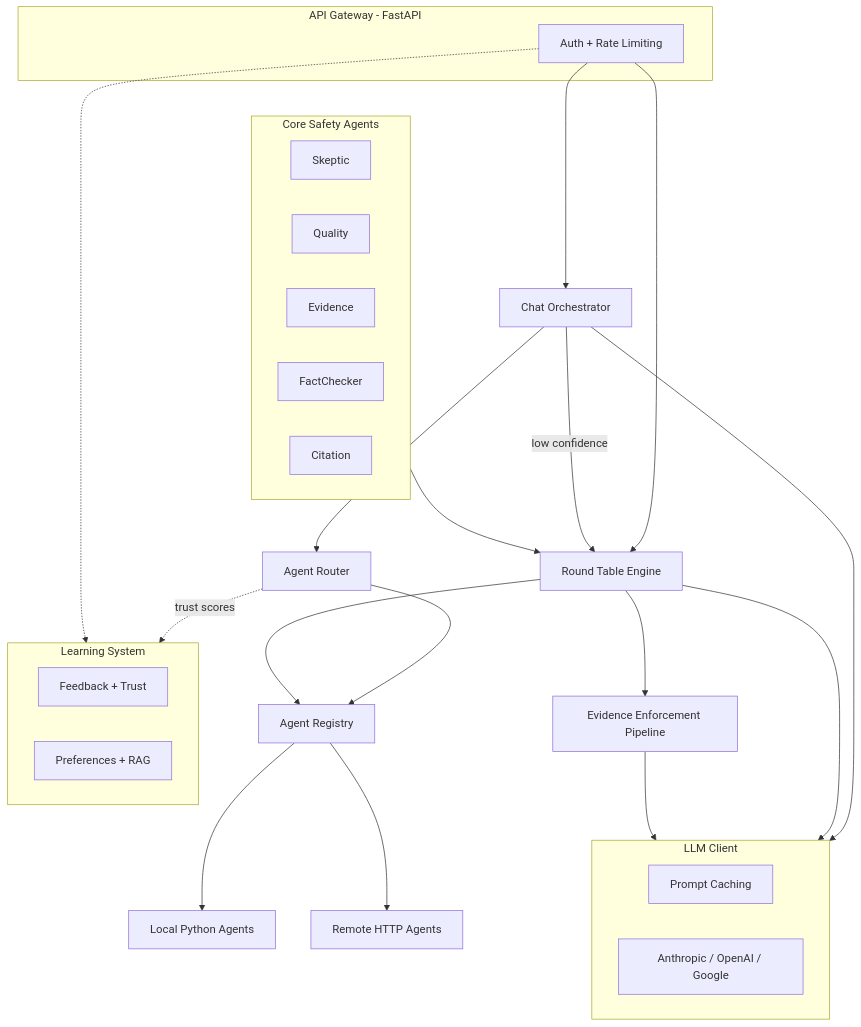
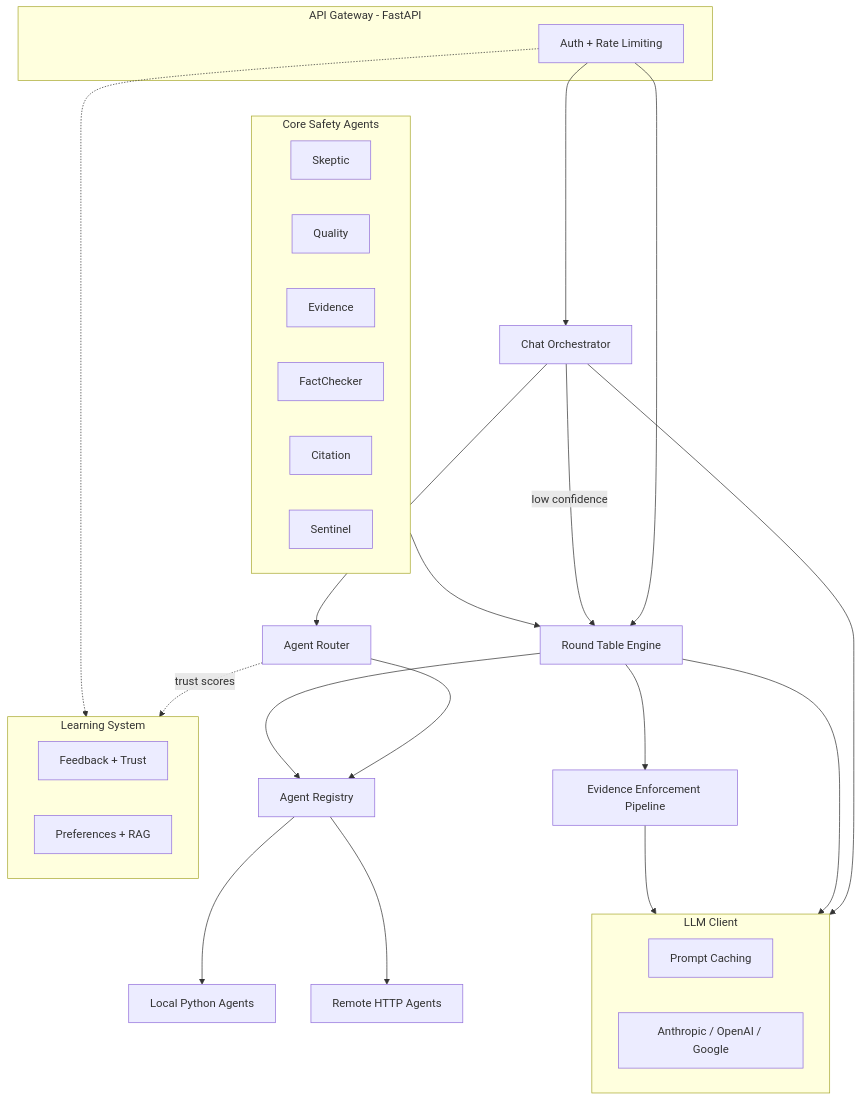
The second of 6 diagrams in README.md (KangaKode/aiscaffold), drawn with Mermaid before and after one commit. The commit also changed other lines of this file and 50 other files, not shown here.

````diff
--- a/README.md
+++ b/README.md
@@ -113,36 +114,37 @@
 ```mermaid
 flowchart TD
     subgraph boundary [API Gateway - FastAPI]
         Auth[Auth + Rate Limiting]
     end
     Auth --> Chat[Chat Orchestrator]
     Auth --> RT[Round Table Engine]
     Chat -->|"low confidence"| RT
     Chat --> Router[Agent Router]
     Router --> Registry[Agent Registry]
     RT --> Registry
     Registry --> Local[Local Python Agents]
     Registry --> Remote[Remote HTTP Agents]
     RT --> Enforce[Evidence Enforcement Pipeline]
     subgraph llm [LLM Client]
         Cache[Prompt Caching]
         Providers["Anthropic / OpenAI / Google"]
     end
     Chat --> llm
     RT --> llm
     Enforce --> llm
     subgraph safety [Core Safety Agents]
         Skeptic[Skeptic]
         Quality[Quality]
         EvidenceA[Evidence]
         FactChk[FactChecker]
         Citation[Citation]
+        SentinelA[Sentinel]
     end
     safety --> RT
     subgraph learn [Learning System]
         Feedback[Feedback + Trust]
         Prefs[Preferences + RAG]
     end
     Router -.->|"trust scores"| learn
     Auth -.-> learn
 ```
````
